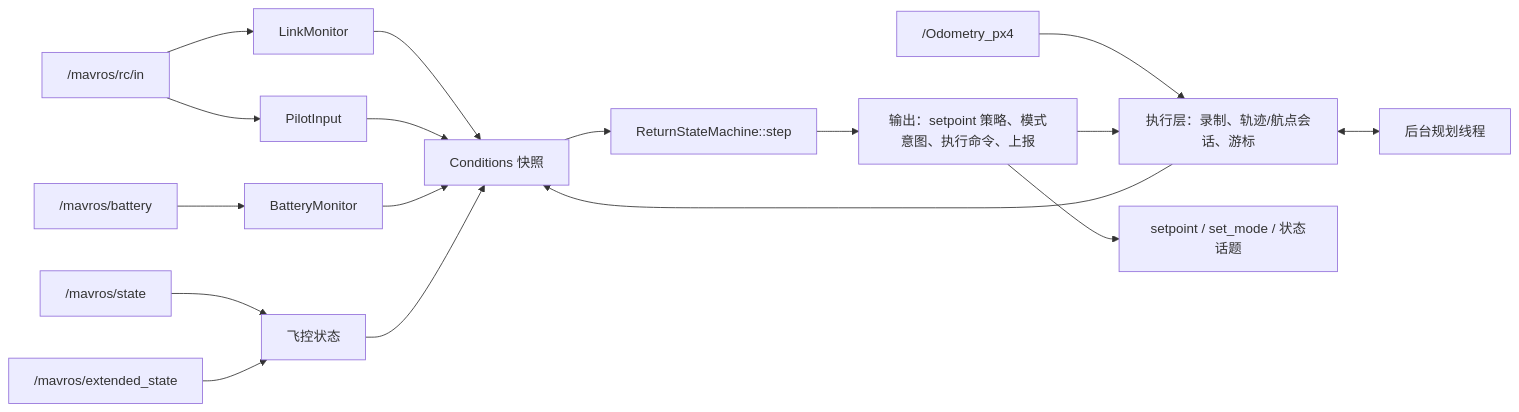
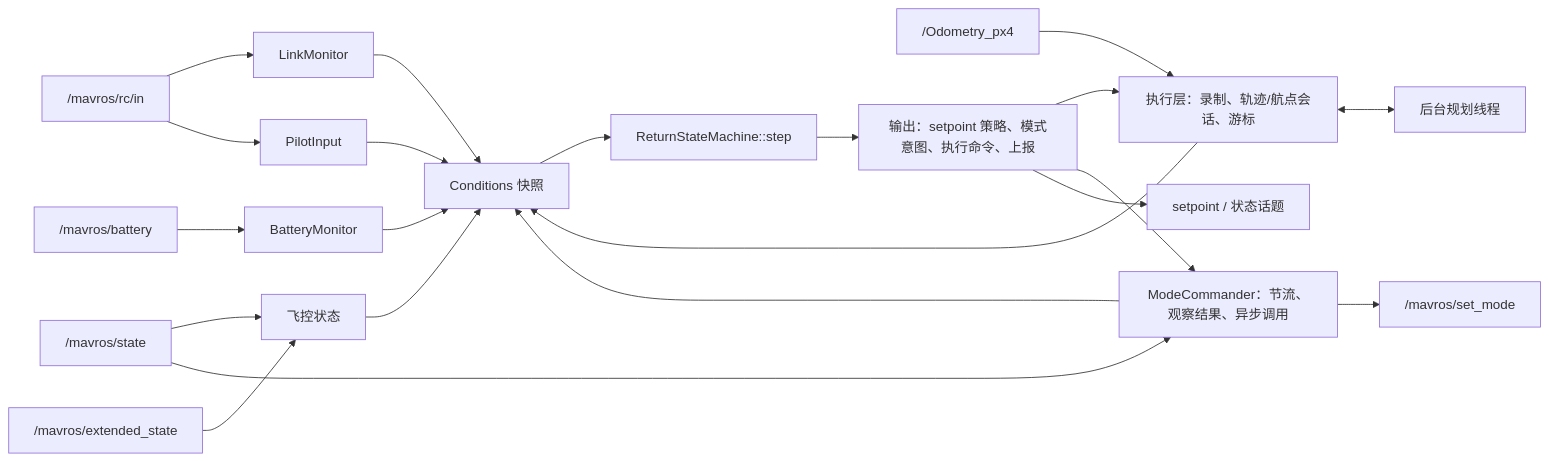
One commit to ChanSolstice/px4_backtrack_optimised changed the first of 3 diagrams in doc/design/返航触发与状态机重构方案.md. Above: the diagram before and after it, drawn with Mermaid. The commit also changed other lines of this file and 2 other files, not shown here.

````diff
--- a/doc/design/返航触发与状态机重构方案.md
+++ b/doc/design/返航触发与状态机重构方案.md
@@ -162,19 +169,23 @@
 ```mermaid
 flowchart LR
   RC["/mavros/rc/in"] --> LM[LinkMonitor]
   RC --> PI[PilotInput]
   BAT["/mavros/battery"] --> BM[BatteryMonitor]
   ST["/mavros/state"] --> FC[飞控状态]
   EXT["/mavros/extended_state"] --> FC
   ODOM["/Odometry_px4"] --> EXE[执行层：录制、轨迹/航点会话、游标]
   LM --> C[Conditions 快照]
   PI --> C
   BM --> C
   FC --> C
   EXE --> C
   C --> SM["ReturnStateMachine::step"]
   SM --> O[输出：setpoint 策略、模式意图、执行命令、上报]
   O --> EXE
-  O --> PUB[setpoint / set_mode / 状态话题]
+  O --> MC[ModeCommander：节流、观察结果、异步调用]
+  MC --> SETMODE["/mavros/set_mode"]
+  ST --> MC
+  MC --> C
+  O --> PUB[setpoint / 状态话题]
   EXE <--> PW[后台规划线程]
 ```
````
